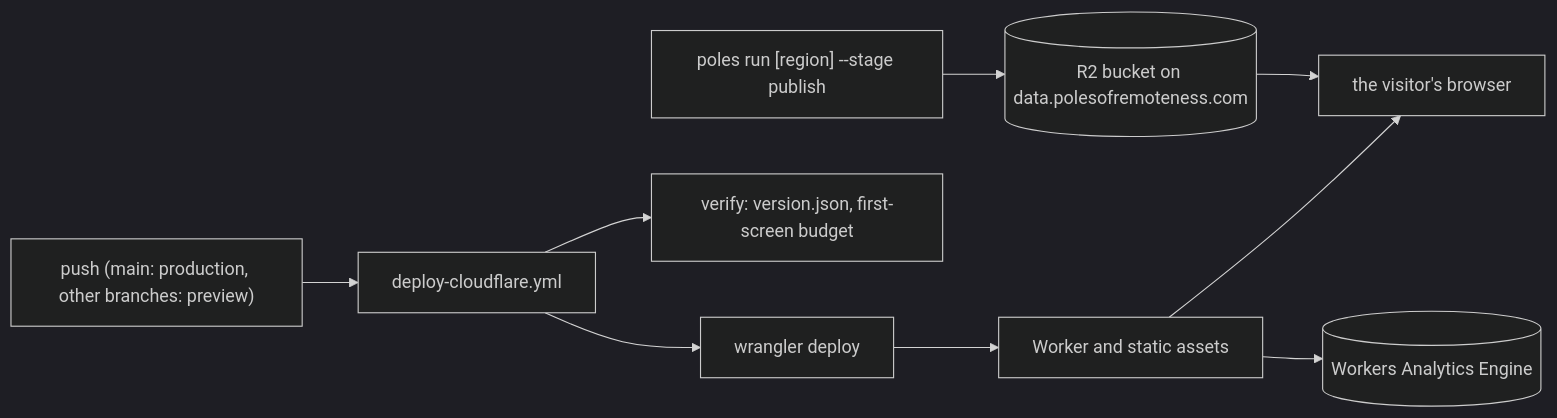
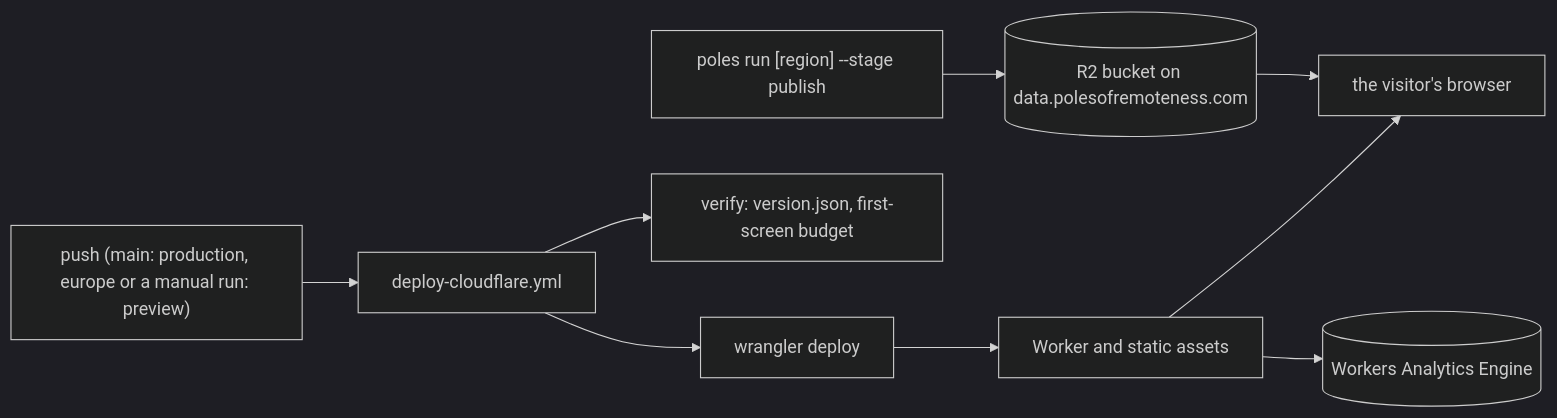
One commit to donataskasp/poles-of-remoteness changed the first of 4 diagrams in docs/diagrams/03-deploy.md. Above: the diagram before and after it, drawn with Mermaid (dark theme). The commit also changed other lines of this file and 3 other files, not shown here.

First line of the commit message:
docs: prompt-audit fixes in CLAUDE.md and the diagrams (owner-approved 2026-10-26)

````diff
--- a/docs/diagrams/03-deploy.md
+++ b/docs/diagrams/03-deploy.md
@@ -5,9 +5,9 @@
 ```mermaid
 flowchart LR
-    push["push (main: production, other branches: preview)"] --> ci["deploy-cloudflare.yml"] --> wd["wrangler deploy"] --> worker["Worker and static assets"]
+    push["push (main: production, europe or a manual run: preview)"] --> ci["deploy-cloudflare.yml"] --> wd["wrangler deploy"] --> worker["Worker and static assets"]
     ci --> verify["verify: version.json, first-screen budget"]
     worker --> browser["the visitor's browser"]
     worker --> ae[("Workers Analytics Engine")]
     run["poles run [region] --stage publish"] --> r2[("R2 bucket on data.polesofremoteness.com")]
     r2 --> browser
 ```
````
